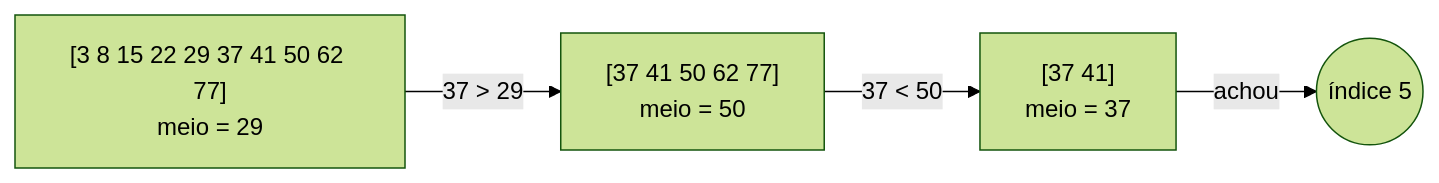
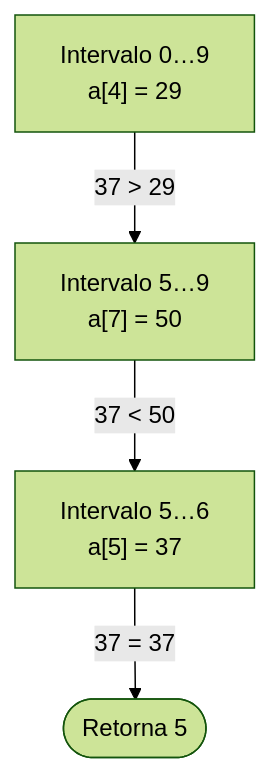
Before and after one commit to pedrotescaro/Stacklyst: the diagram in content/enade/estruturas-de-dados/busca-e-ordenacao.md, drawn with Mermaid (forest theme). The commit also changed other lines of this file and 84 other files, not shown here.

Commit message:
feat(enade): redraw study library diagrams

````diff
--- a/content/enade/estruturas-de-dados/busca-e-ordenacao.md
+++ b/content/enade/estruturas-de-dados/busca-e-ordenacao.md
@@ -110,6 +112,7 @@
-```mermaid Busca binária procurando 37 em 10 elementos ordenados
-flowchart LR
-  A["[3 8 15 22 29 37 41 50 62 77]<br/>meio = 29"] -->|37 > 29| B["[37 41 50 62 77]<br/>meio = 50"]
-  B -->|37 < 50| C["[37 41]<br/>meio = 37"]
-  C -->|achou| D((índice 5))
+```mermaid Busca binária com limites inclusivos
+flowchart TB
+  A["Intervalo 0…9<br/>a[4] = 29"]
+  A -->|"37 &gt; 29"| B["Intervalo 5…9<br/>a[7] = 50"]
+  B -->|"37 &lt; 50"| C["Intervalo 5…6<br/>a[5] = 37"]
+  C -->|"37 = 37"| D(["Retorna 5"])
 ```
````
